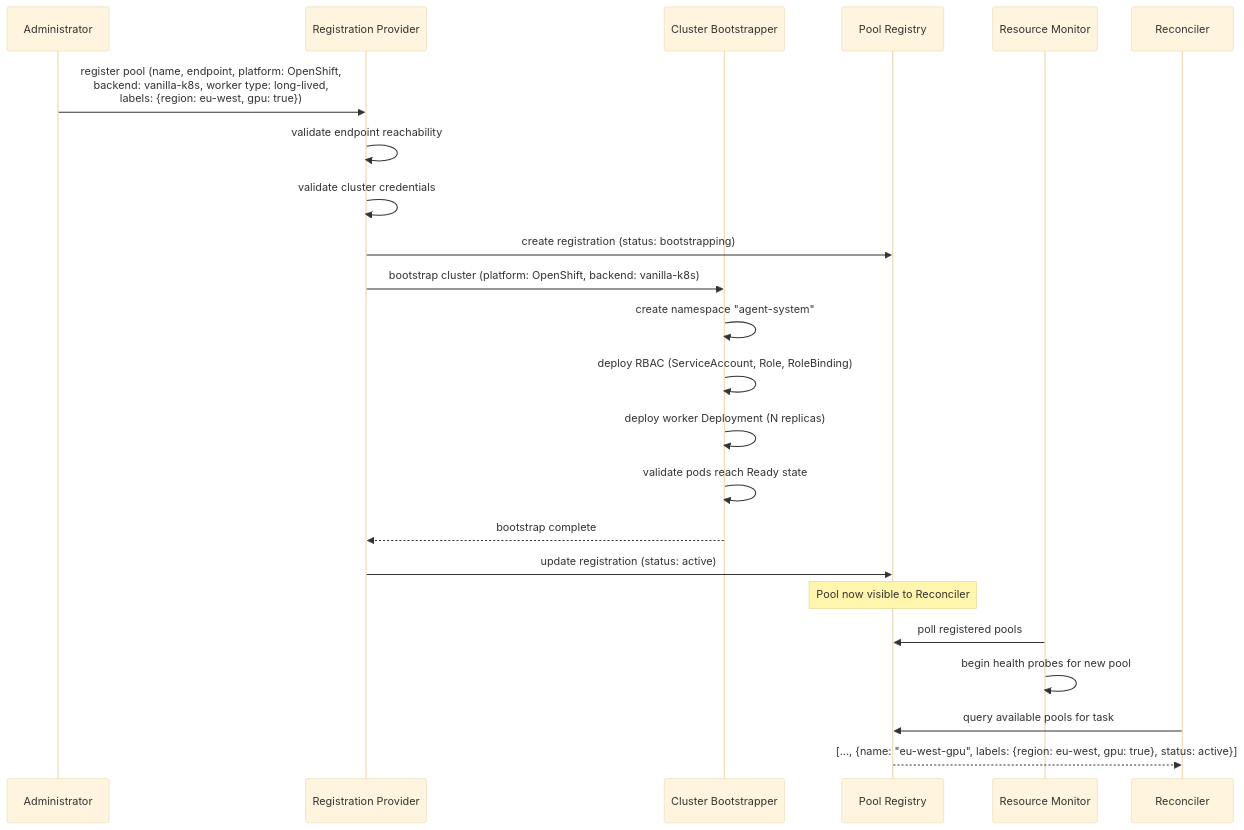
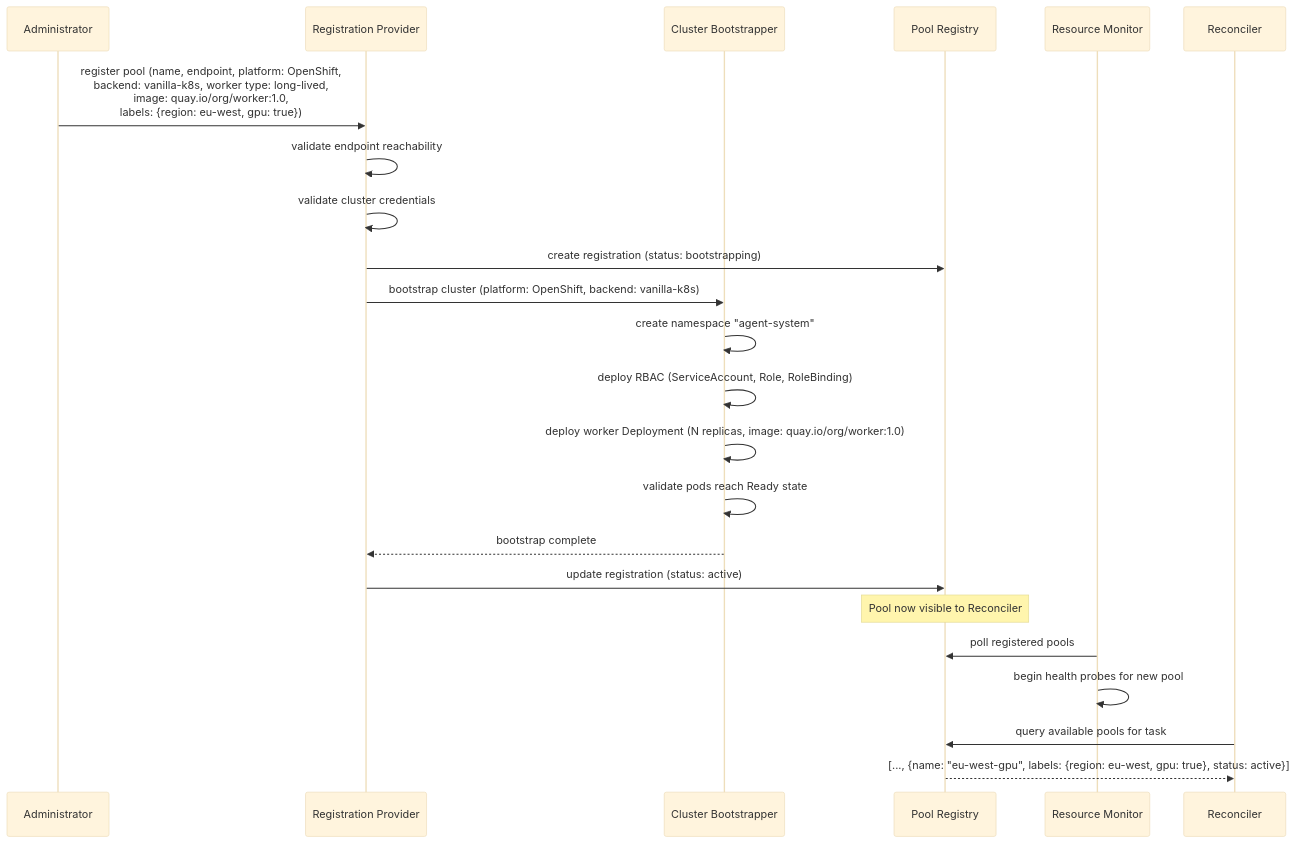
Before and after one commit to manstis/syntara: the sixth of 15 diagrams in backend/docs/execution-plane.md, drawn with Mermaid (base theme). The commit also changed other lines of this file, not shown here.

Commit message:
chore: Clarify use of Container Image at Pool registration time.

````diff
--- a/backend/docs/execution-plane.md
+++ b/backend/docs/execution-plane.md
@@ -363,33 +366,33 @@
 ```mermaid
 sequenceDiagram
     participant Admin as Administrator
     participant RP as Registration Provider
     participant CB as Cluster Bootstrapper
     participant PR as Pool Registry
     participant RM as Resource Monitor
     participant R as Reconciler
 
-    Admin->>RP: register pool (name, endpoint, platform: OpenShift,<br/>backend: vanilla-k8s, worker type: long-lived,<br/>labels: {region: eu-west, gpu: true})
+    Admin->>RP: register pool (name, endpoint, platform: OpenShift,<br/>backend: vanilla-k8s, worker type: long-lived,<br/>image: quay.io/org/worker:1.0,<br/>labels: {region: eu-west, gpu: true})
 
     RP->>RP: validate endpoint reachability
     RP->>RP: validate cluster credentials
 
     RP->>PR: create registration (status: bootstrapping)
 
     RP->>CB: bootstrap cluster (platform: OpenShift, backend: vanilla-k8s)
     CB->>CB: create namespace "agent-system"
     CB->>CB: deploy RBAC (ServiceAccount, Role, RoleBinding)
-    CB->>CB: deploy worker Deployment (N replicas)
+    CB->>CB: deploy worker Deployment (N replicas, image: quay.io/org/worker:1.0)
     CB->>CB: validate pods reach Ready state
     CB-->>RP: bootstrap complete
 
     RP->>PR: update registration (status: active)
 
     Note over PR: Pool now visible to Reconciler
 
     RM->>PR: poll registered pools
     RM->>RM: begin health probes for new pool
 
     R->>PR: query available pools for task
     PR-->>R: [..., {name: "eu-west-gpu", labels: {region: eu-west, gpu: true}, status: active}]
 ```
````
